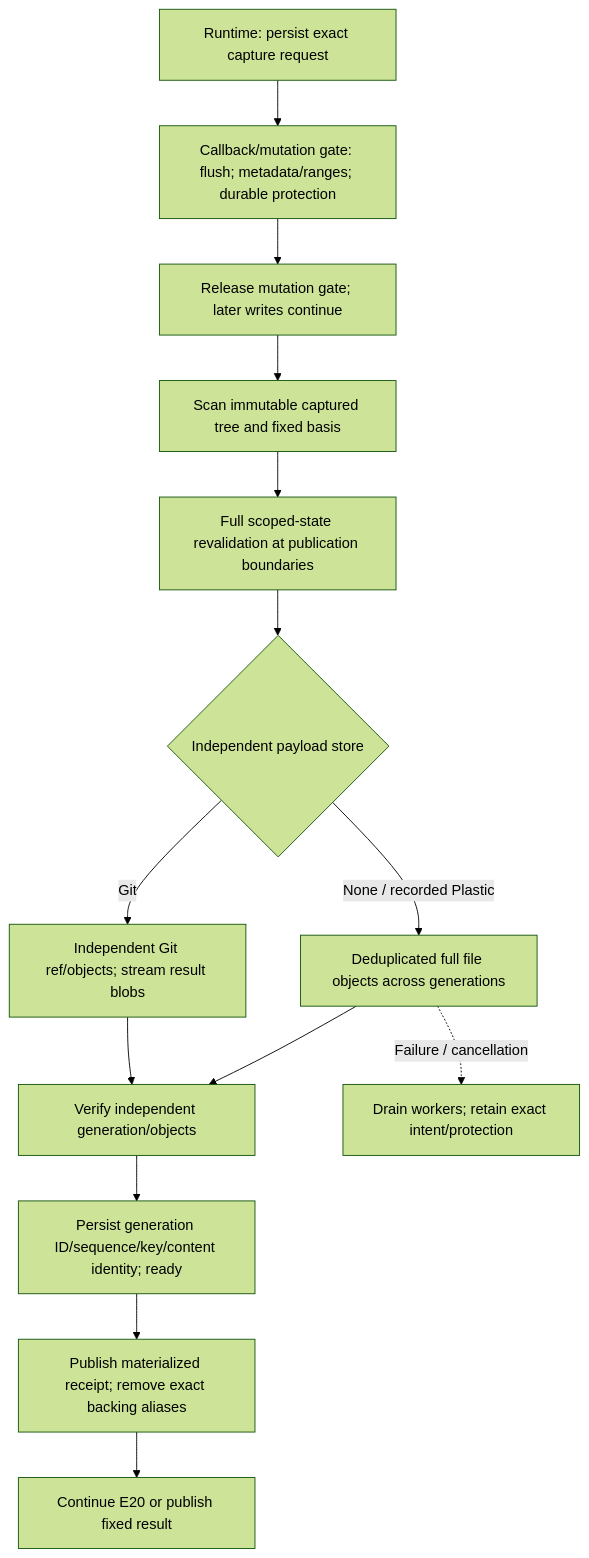
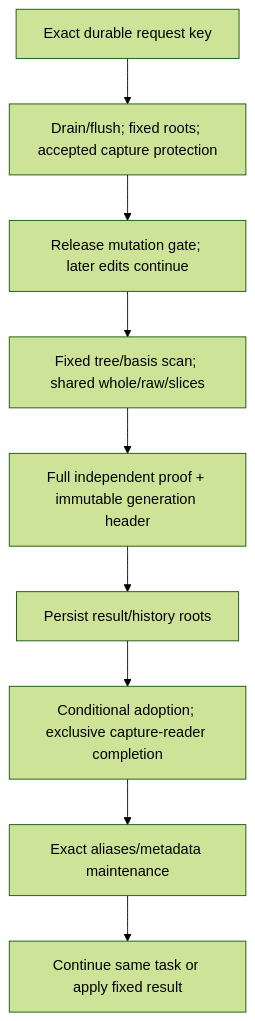
One commit to olivecrow/splinter changed the fifth of 6 diagrams in docs/lifecycle-optimization-map.md. Above: the diagram before and after it, drawn with Mermaid (forest theme). The commit also changed other lines of this file and 391 other files, not shown here.

````diff
--- a/docs/lifecycle-optimization-map.md
+++ b/docs/lifecycle-optimization-map.md
@@ -260,16 +158,11 @@
 ```mermaid
 flowchart TD
-  Intent["Runtime: persist exact capture request"] --> Freeze["Callback/mutation gate: flush; metadata/ranges; durable protection"]
-  Freeze --> Continue["Release mutation gate; later writes continue"]
-  Continue --> Scan["Scan immutable captured tree and fixed basis"]
-  Scan --> Boundary["Full scoped-state revalidation at publication boundaries"]
-  Boundary --> Route{"Independent payload store"}
-  Route -->|Git| Git["Independent Git ref/objects; stream result blobs"]
-  Route -->|None / recorded Plastic| Files["Deduplicated full file objects across generations"]
-  Git --> Proof["Verify independent generation/objects"]
-  Files --> Proof
-  Proof --> Commit["Persist generation ID/sequence/key/content identity; ready"]
-  Commit --> Unpin["Publish materialized receipt; remove exact backing aliases"]
-  Files -.->|Failure / cancellation| Drain["Drain workers; retain exact intent/protection"]
-  Unpin --> Next["Continue E20 or publish fixed result"]
+  Intent["Exact durable request key"] --> Freeze["Drain/flush; fixed roots; accepted capture protection"]
+  Freeze --> Continue["Release mutation gate; later edits continue"]
+  Continue --> Preserve["Fixed tree/basis scan; shared whole/raw/slices"]
+  Preserve --> Proof["Full independent proof + immutable generation header"]
+  Proof --> Publish["Persist result/history roots"]
+  Publish --> Adopt["Conditional adoption; exclusive capture-reader completion"]
+  Adopt --> Cleanup["Exact aliases/metadata maintenance"]
+  Cleanup --> Next["Continue same task or apply fixed result"]
 ```
````
